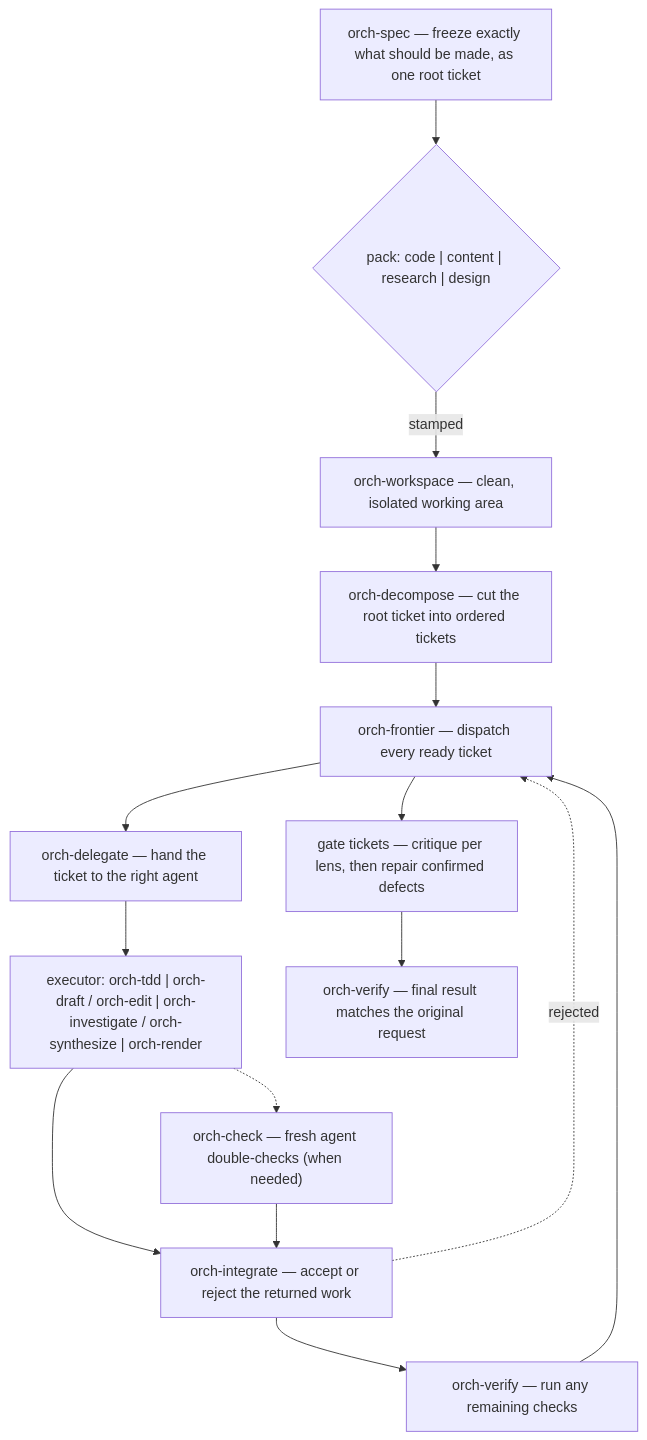
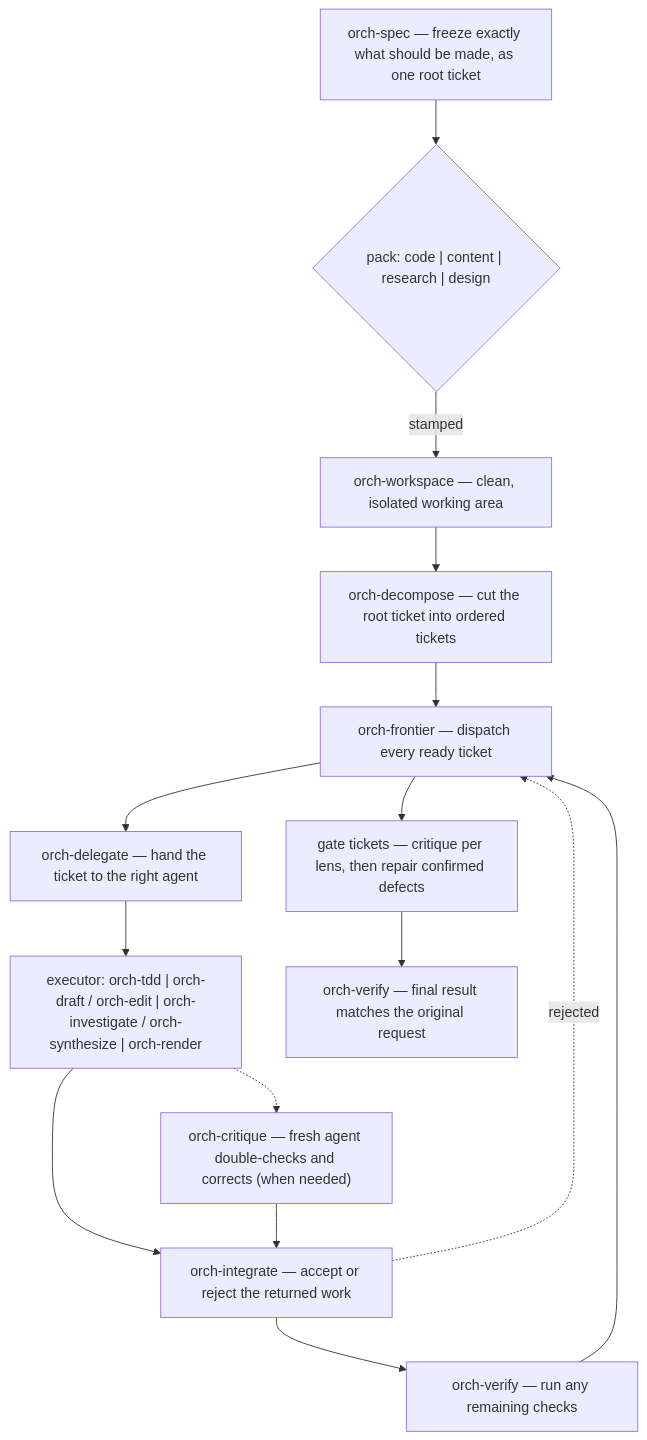
Before and after one commit to DanMcInerney/orchflows: the diagram in README.md, drawn with Mermaid. The commit also changed other lines of this file, not shown here.

````diff
--- a/README.md
+++ b/README.md
@@ -135,17 +135,17 @@
 ```mermaid
 flowchart TD
     spec["orch-spec — freeze exactly what should be made, as one root ticket"] --> pack{"pack: code | content | research | design"}
     pack -->|stamped| ws["orch-workspace — clean, isolated working area"]
     ws --> dec["orch-decompose — cut the root ticket into ordered tickets"]
     dec --> frontier["orch-frontier — dispatch every ready ticket"]
     frontier --> del["orch-delegate — hand the ticket to the right agent"]
     del --> exec["executor: orch-tdd | orch-draft / orch-edit | orch-investigate / orch-synthesize | orch-render"]
-    exec -.-> chk["orch-check — fresh agent double-checks (when needed)"]
+    exec -.-> chk["orch-critique — fresh agent double-checks and corrects (when needed)"]
     exec --> integ["orch-integrate — accept or reject the returned work"]
     chk --> integ
     integ -.->|rejected| frontier
     integ --> ver1["orch-verify — run any remaining checks"]
     ver1 --> frontier
     frontier --> gate["gate tickets — critique per lens, then repair confirmed defects"]
     gate --> final["orch-verify — final result matches the original request"]
 ```
````
